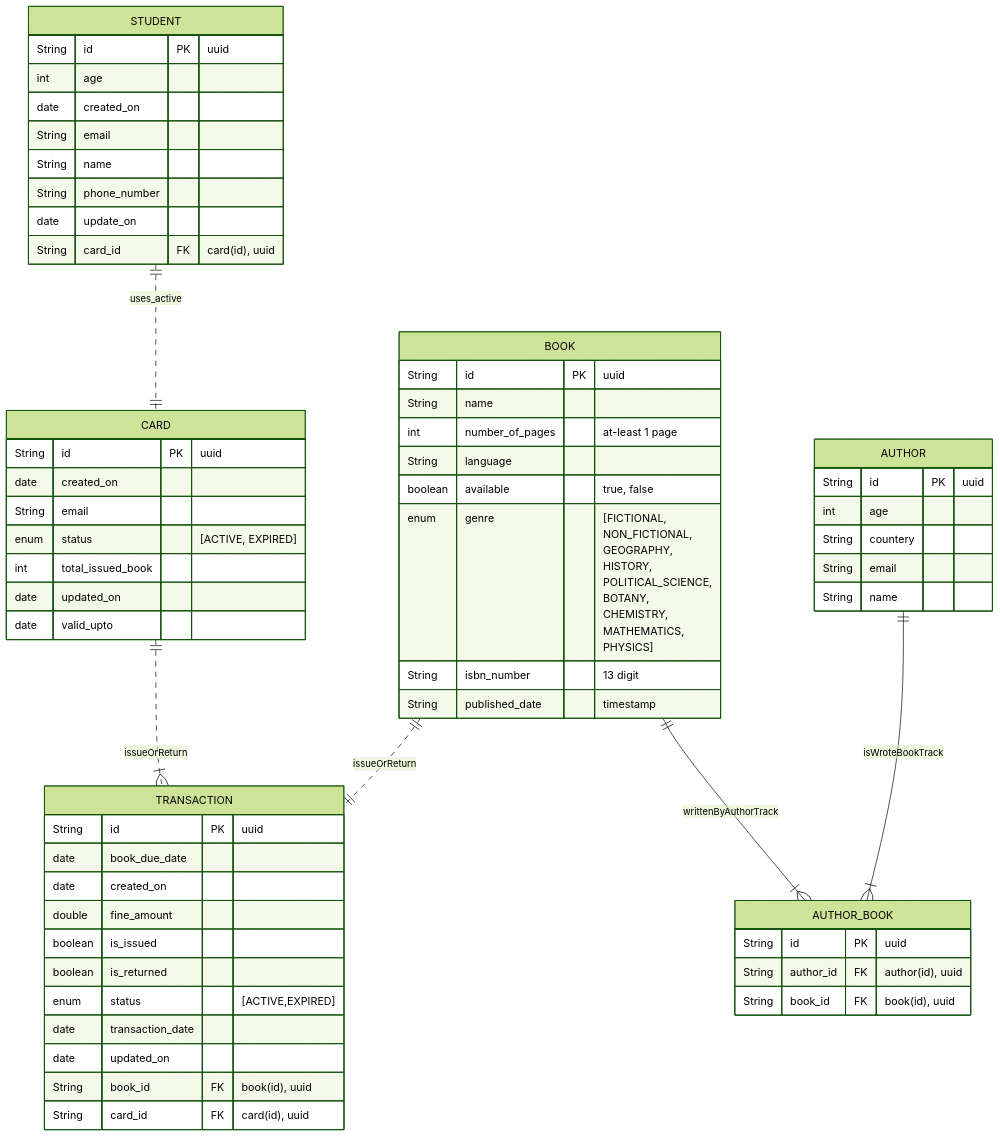
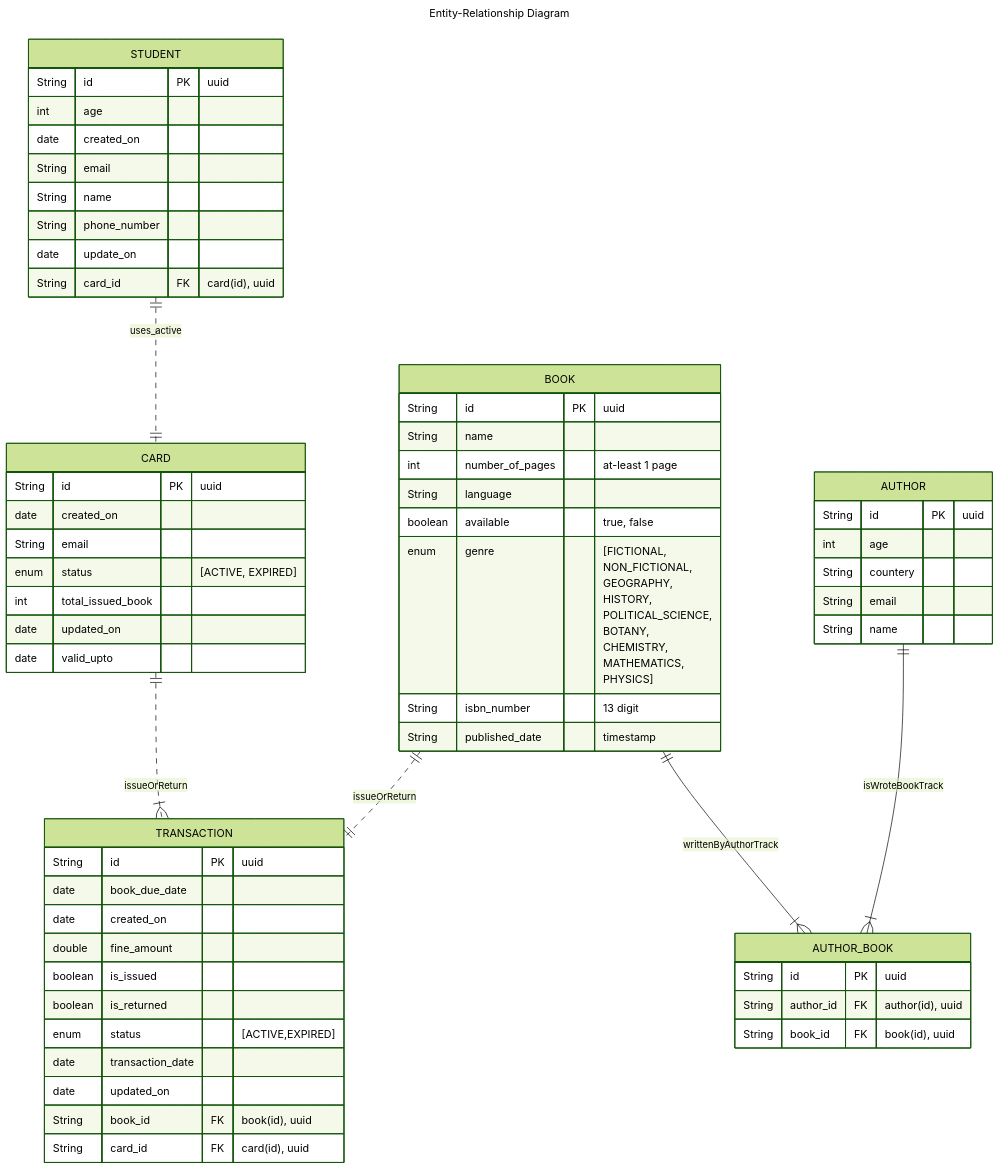
Before and after one commit to swarnava-code/Digital-Library-Backend-using-Spring-Boot: the first of 2 diagrams in README.md, drawn with Mermaid (forest theme). The commit also changed other lines of this file, not shown here.

Commit message:
added arch flowchart dia

````diff
--- a/README.md
+++ b/README.md
@@ -76,73 +76,76 @@
 ```mermaid
+---
+title: Entity-Relationship Diagram
+---
 erDiagram
     BOOK ||--|{ AUTHOR_BOOK : writtenByAuthorTrack
     AUTHOR ||--|{ AUTHOR_BOOK : isWroteBookTrack
     
     STUDENT ||..|| CARD  : uses_active
     
     CARD ||..|{ TRANSACTION : issueOrReturn
     BOOK ||..|| TRANSACTION : issueOrReturn
     
     BOOK {
         String id PK "uuid"
         String name
         int number_of_pages "at-least 1 page"
         String language
         boolean available "true, false"
         enum genre "[FICTIONAL,
             NON_FICTIONAL,
             GEOGRAPHY,
             HISTORY,
             POLITICAL_SCIENCE,
             BOTANY,
             CHEMISTRY,
             MATHEMATICS,
             PHYSICS]"
         String isbn_number "13 digit"
         String published_date "timestamp"
     }
     AUTHOR {
         String id PK "uuid"
         int age
         String countery
         String email
         String name
     }
     AUTHOR_BOOK {
         String id PK "uuid"
         String author_id FK "author(id), uuid"
         String book_id FK "book(id), uuid"
     }
     CARD {
         String id PK "uuid"
         date created_on
         String email
         enum status "[ACTIVE, EXPIRED]"
         int total_issued_book
         date updated_on
         date valid_upto
     }
     STUDENT {
         String id PK "uuid"
         int age
         date created_on
         String email
         String name
         String phone_number
         date update_on
         String card_id FK "card(id), uuid"
     }
     TRANSACTION {
         String id PK "uuid"
         date book_due_date
         date created_on
         double fine_amount
         boolean is_issued
         boolean is_returned
         enum status "[ACTIVE,EXPIRED]"
         date transaction_date
         date updated_on
         String book_id FK "book(id), uuid"
         String card_id FK "card(id), uuid"
     }
 ```
````
